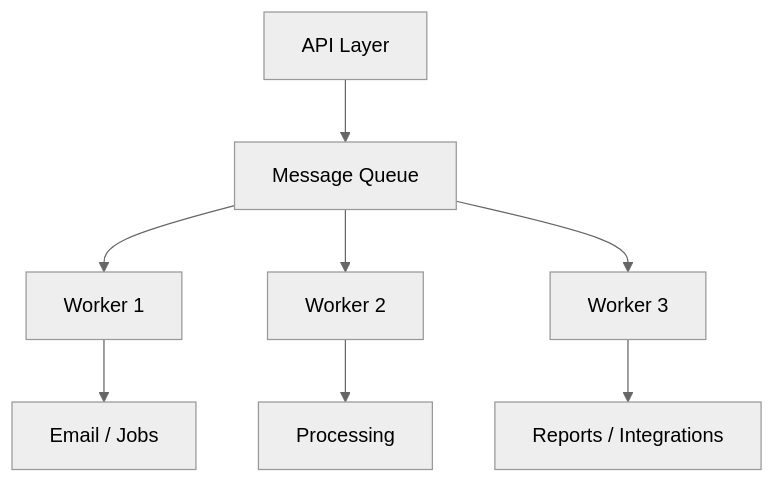
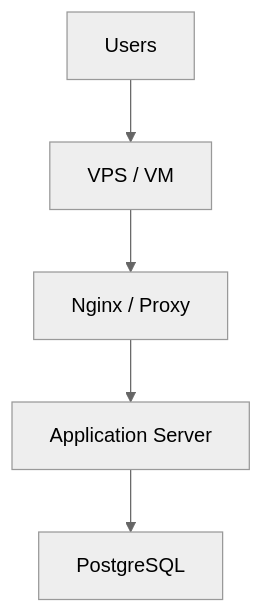
One commit to quesiblaq442-del/architecture-diagram changed diagram 12 of 26 in ARCHITECTURE.md. Above: the diagram before and after it, drawn with Mermaid (neutral theme). The commit also changed other lines of this file, not shown here.

Commit message:
Refresh the architecture document for a more polished, eye-catching overview

````diff
--- a/ARCHITECTURE.md
+++ b/ARCHITECTURE.md
@@ -315,10 +316,7 @@
 ```mermaid
 graph TB
-    API["API Layer"] --> MQ["Message Queue"]
-    MQ --> Worker1["Worker 1"]
-    MQ --> Worker2["Worker 2"]
-    MQ --> Worker3["Worker 3"]
-    Worker1 --> Task1["Email / Jobs"]
-    Worker2 --> Task2["Processing"]
-    Worker3 --> Task3["Reports / Integrations"]
+    Users["Users"] --> VPS["VPS / VM"]
+    VPS --> Nginx["Nginx / Proxy"]
+    Nginx --> App["Application Server"]
+    App --> DB["PostgreSQL"]
 ```
````
